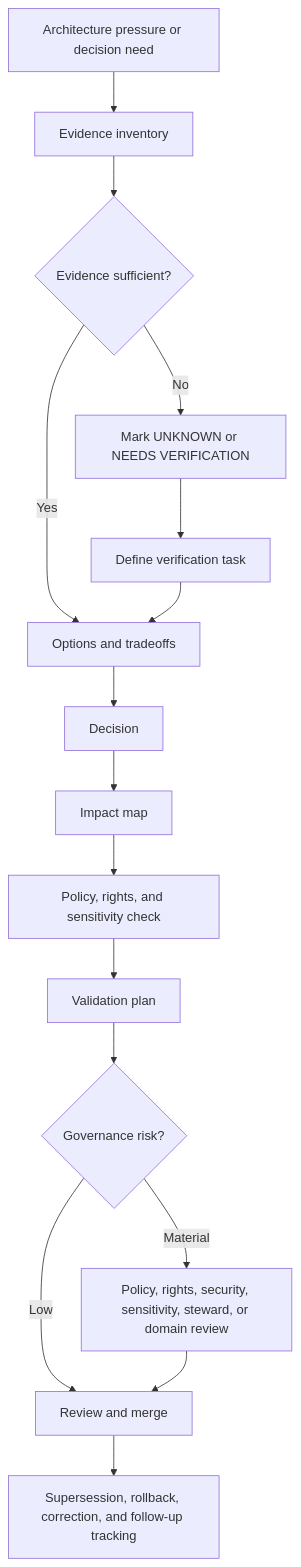
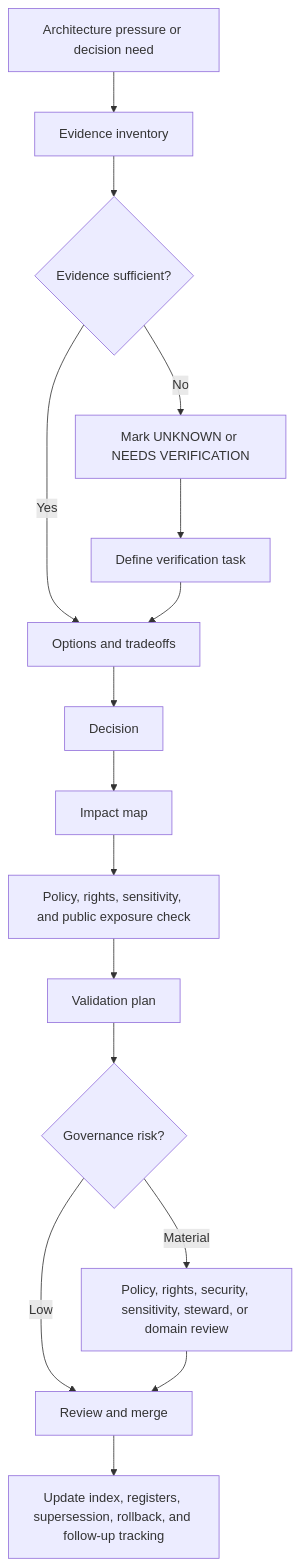
Before and after one commit to bartytime4life/Kansas-Frontier-Matrix: the diagram in docs/adr/ADR-TEMPLATE.md, drawn with Mermaid. The commit also changed other lines of this file, not shown here.

````diff
--- a/docs/adr/ADR-TEMPLATE.md
+++ b/docs/adr/ADR-TEMPLATE.md
@@ -129,18 +169,18 @@
 ```mermaid
 flowchart TD
   A[Architecture pressure or decision need] --> B[Evidence inventory]
   B --> C{Evidence sufficient?}
   C -->|No| D[Mark UNKNOWN or NEEDS VERIFICATION]
   D --> E[Define verification task]
   C -->|Yes| F[Options and tradeoffs]
   E --> F
   F --> G[Decision]
   G --> H[Impact map]
-  H --> I[Policy, rights, and sensitivity check]
+  H --> I[Policy, rights, sensitivity, and public exposure check]
   I --> J[Validation plan]
   J --> K{Governance risk?}
   K -->|Low| L[Review and merge]
   K -->|Material| M[Policy, rights, security, sensitivity, steward, or domain review]
   M --> L
-  L --> N[Supersession, rollback, correction, and follow-up tracking]
+  L --> N[Update index, registers, supersession, rollback, and follow-up tracking]
 ```
````
